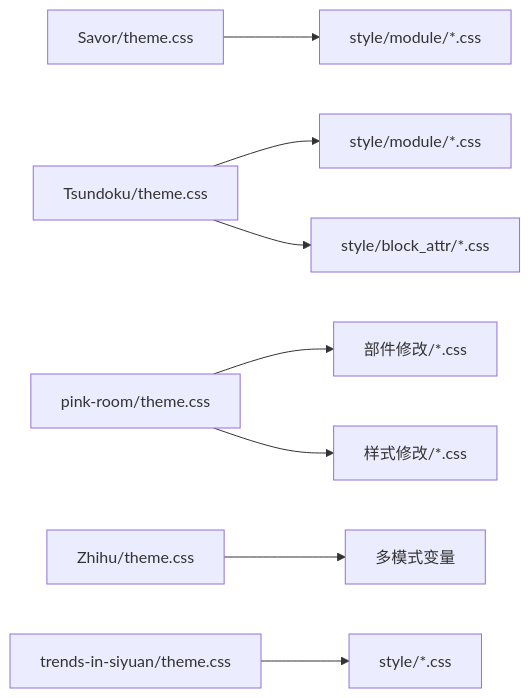
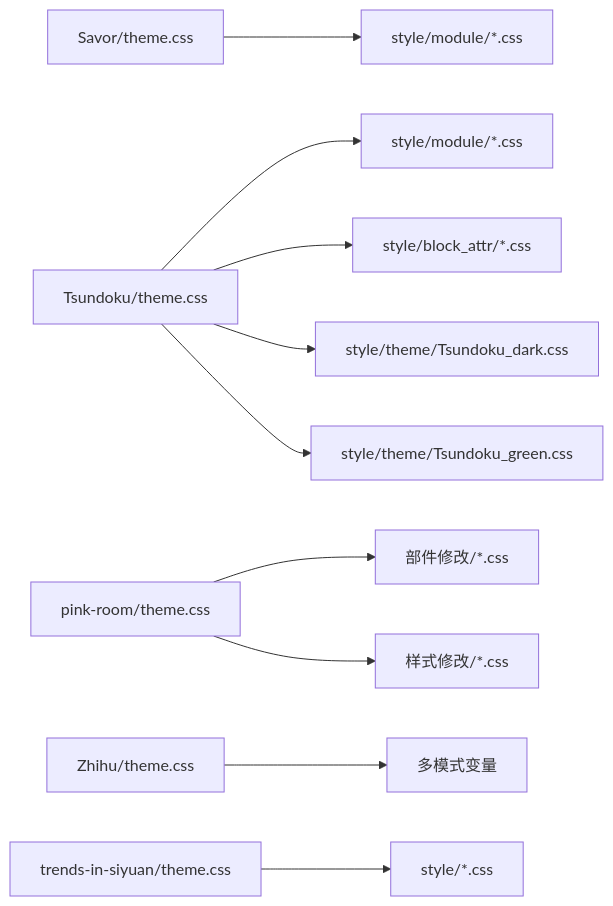
One commit to terwer/siyuan-plugin-blog changed the sixth of 6 diagrams in .qoder/repowiki/zh/content/主题开发.md. Above: the diagram before and after it, drawn with Mermaid. The commit also changed other lines of this file and 6 other files, not shown here.

Commit message:
docs(zh): update theme guide with CSS props & devProd script

````diff
--- a/.qoder/repowiki/zh/content/主题开发.md
+++ b/.qoder/repowiki/zh/content/主题开发.md
@@ -253,10 +412,12 @@
 ```mermaid
 graph LR
 Savor["Savor/theme.css"] --> Mod1["style/module/*.css"]
 Tsundoku["Tsundoku/theme.css"] --> Mod2["style/module/*.css"]
 Tsundoku --> Mod3["style/block_attr/*.css"]
+Tsundoku --> DarkVar["style/theme/Tsundoku_dark.css"]
+Tsundoku --> GreenVar["style/theme/Tsundoku_green.css"]
 PinkRoom["pink-room/theme.css"] --> Parts["部件修改/*.css"]
 PinkRoom --> Styles["样式修改/*.css"]
 Zhihu["Zhihu/theme.css"] --> Vars["多模式变量"]
 Trends["trends-in-siyuan/theme.css"] --> Mods["style/*.css"]
 ```
````
